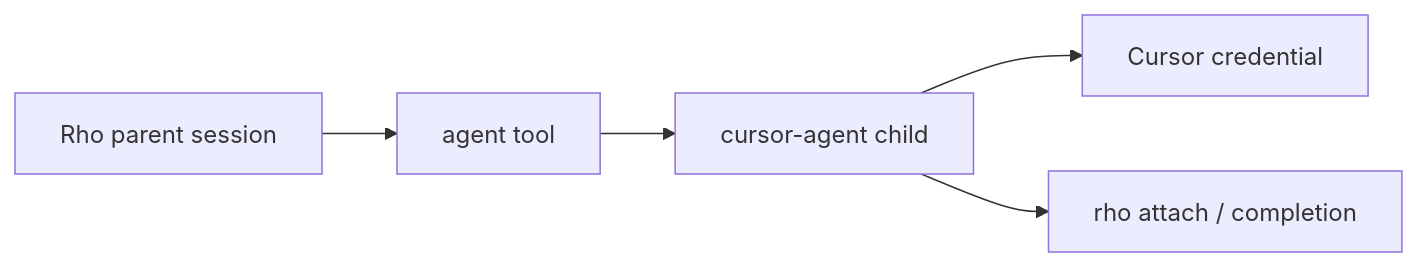
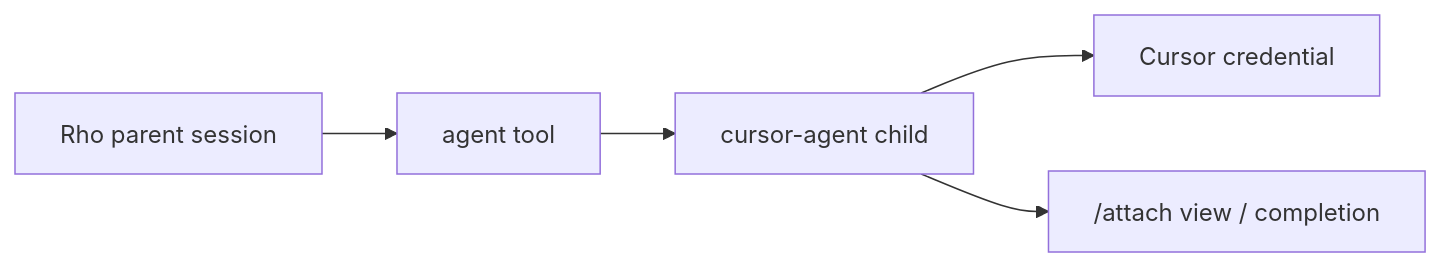
The first of 2 diagrams in docs/subagents/cursor.md (matthewyjiang/rho), drawn with Mermaid before and after one commit. The commit also changed other lines of this file and 39 other files, not shown here.

First line of the commit message:
refactor(attach): drop the file-reading rho attach command

````diff
--- a/docs/subagents/cursor.md
+++ b/docs/subagents/cursor.md
@@ -9,7 +9,7 @@
 ```mermaid
 flowchart LR
     parent[Rho parent session] --> agentTool[agent tool]
     agentTool --> cursor[cursor-agent child]
     cursor --> sub[Cursor credential]
-    cursor --> attach[rho attach / completion]
+    cursor --> attach["/attach view / completion"]
 ```
````
